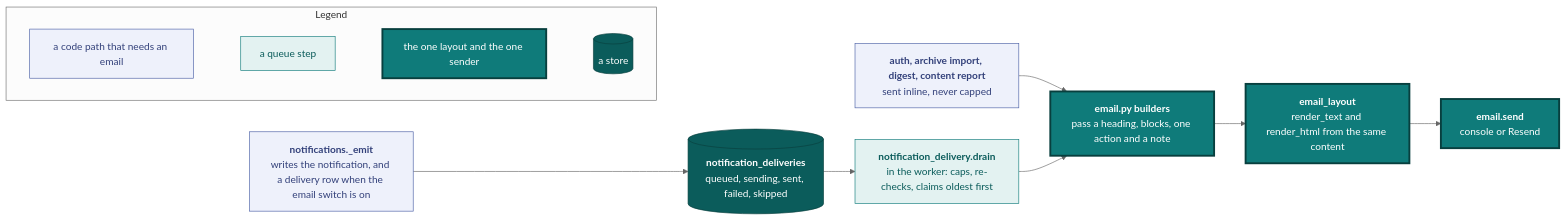
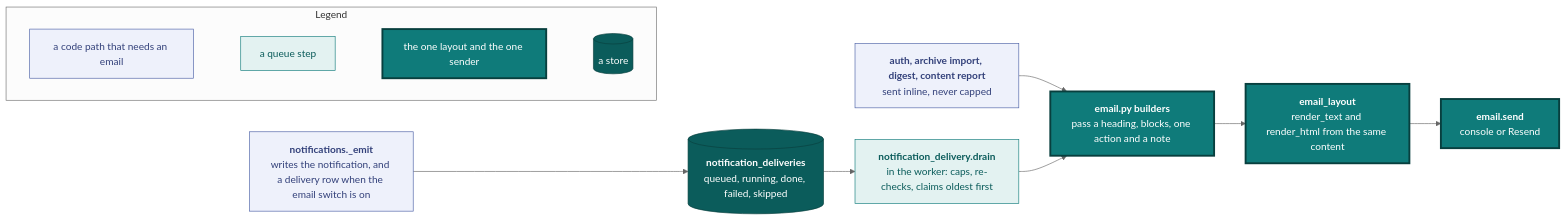
One commit to vidithq/vidit changed the third of 5 diagrams in docs/engineering.md. Above: the diagram before and after it, drawn with Mermaid (neutral theme). The commit also changed other lines of this file and 6 other files, not shown here.

Commit message:
docs: write the schema naming convention and use the new names

````diff
--- a/docs/engineering.md
+++ b/docs/engineering.md
@@ -256,35 +256,35 @@
 ```mermaid
 flowchart LR
   classDef spec fill:#eef1fb,stroke:#4a5fa5,color:#33417a
   classDef shared fill:#e3f2f1,stroke:#0f7b7a,color:#0b5c5b
   classDef core fill:#0f7b7a,stroke:#083f3e,stroke-width:3px,color:#ffffff
   classDef store fill:#0b5c5b,stroke:#083f3e,color:#ffffff
 
   subgraph legend [Legend]
     direction LR
     l1["`a code path that needs an email`"]:::spec
     l2["`a queue step`"]:::shared
     l3["`the one layout and the one sender`"]:::core
     l4[("`a store`")]:::store
     l1 ~~~ l2 ~~~ l3 ~~~ l4
   end
 
   inline["`**auth, archive import, digest, content report**
   sent inline, never capped`"]:::spec
   emit["`**notifications._emit**
   writes the notification, and a delivery row when the email switch is on`"]:::spec
   queue[("`**notification_deliveries**
-  queued, sending, sent, failed, skipped`")]:::store
+  queued, running, done, failed, skipped`")]:::store
   drain["`**notification_delivery.drain**
   in the worker: caps, re-checks, claims oldest first`"]:::shared
   builders["`**email.py builders**
   pass a heading, blocks, one action and a note`"]:::core
   layout["`**email_layout**
   render_text and render_html from the same content`"]:::core
   send["`**email.send**
   console or Resend`"]:::core
 
   inline --> builders
   emit --> queue --> drain --> builders
   builders --> layout --> send
 ```
````
